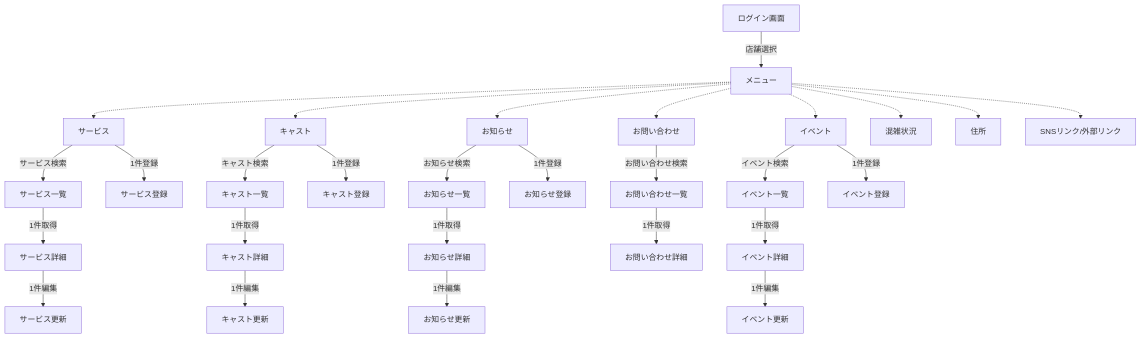
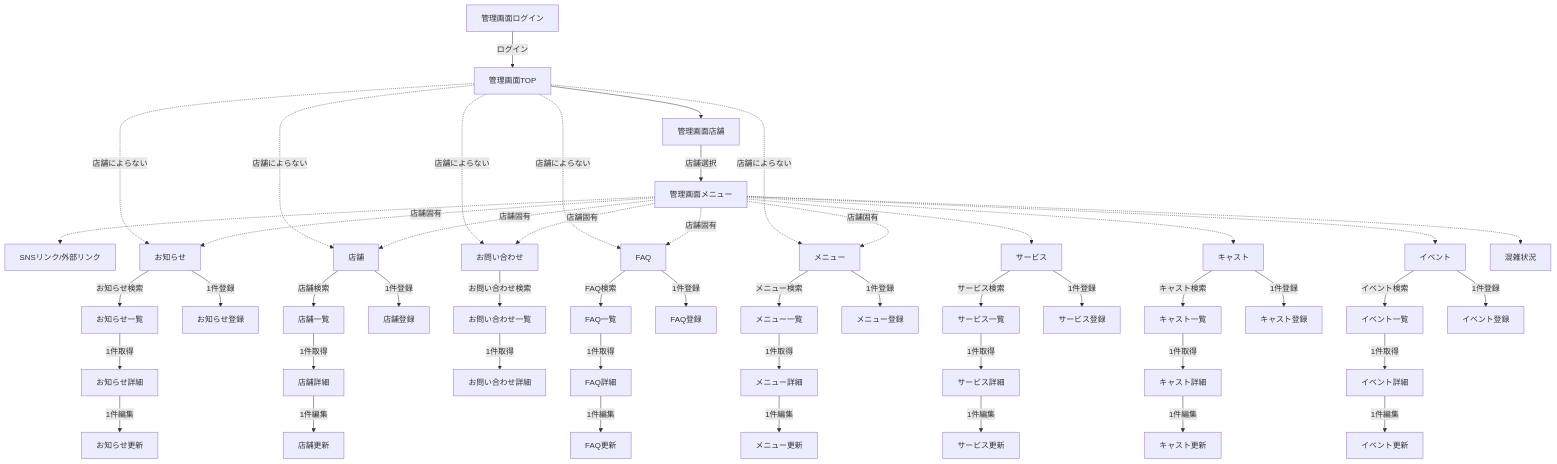
Before and after one commit to mabubu0203/catcafe: the second of 2 diagrams in document/03.基本設計/README.md, drawn with Mermaid. The commit also changed other lines of this file and 2 other files, not shown here.

````diff
--- a/document/03.基本設計/README.md
+++ b/document/03.基本設計/README.md
@@ -79,31 +89,55 @@
 ```mermaid
 graph TD
-	A[ログイン画面]
-	A --> |店舗選択| B[メニュー]
-	B -.-> C[サービス]
-	B -.-> D[キャスト]
-	B -.-> E[お知らせ]
-	B -.-> F[お問い合わせ]
-	B -.-> G[イベント]
-	B -.-> H[混雑状況]
-	B -.-> I[住所]
-	B -.-> J[SNSリンク/外部リンク]
-	C --> |サービス検索| C1[サービス一覧]
-	C1 --> |1件取得| C2[サービス詳細]
-	C --> |1件登録| C3[サービス登録]
-	C2 --> |1件編集| C4[サービス更新]
-	D --> |キャスト検索| D1[キャスト一覧]
-	D1 --> |1件取得| D2[キャスト詳細]
-	D --> |1件登録| D3[キャスト登録]
-	D2 --> |1件編集| D4[キャスト更新]
-	E --> |お知らせ検索| E1[お知らせ一覧]
-	E1 --> |1件取得| E2[お知らせ詳細]
-	E --> |1件登録| E3[お知らせ登録]
-	E2 --> |1件編集| E4[お知らせ更新]
-	F --> |お問い合わせ検索| F1[お問い合わせ一覧]
-	F1 --> |1件取得| F2[お問い合わせ詳細]
-	G --> |イベント検索| G1[イベント一覧]
-	G1 --> |1件取得| G2[イベント詳細]
-	G --> |1件登録| G3[イベント登録]
-	G2 --> |1件編集| G4[イベント更新]
+	ADMIN_LOGIN[管理画面ログイン]
+  ADMIN_LOGIN --> |ログイン| ADMIN_TOP[管理画面TOP]
+  ADMIN_TOP --> ADMIN_TENPO[管理画面店舗]
+  ADMIN_TOP -.-> |店舗によらない| C[お知らせ]
+  ADMIN_TOP -.-> |店舗によらない| D[店舗]
+  ADMIN_TOP -.-> |店舗によらない| E[お問い合わせ]
+  ADMIN_TOP -.-> |店舗によらない| F[FAQ]
+  ADMIN_TOP -.-> |店舗によらない| H[メニュー]
+  ADMIN_TENPO --> |店舗選択| ADMIN_MENU[管理画面メニュー]
+  ADMIN_MENU -.-> |店舗固有| C
+  ADMIN_MENU -.-> |店舗固有| D
+  ADMIN_MENU -.-> |店舗固有| E
+  ADMIN_MENU -.-> |店舗固有| F
+
+  ADMIN_MENU -.-> |店舗固有| H
+
+	ADMIN_MENU -.-> I[サービス]
+	ADMIN_MENU -.-> J[キャスト]
+
+	ADMIN_MENU -.-> M[イベント]
+	ADMIN_MENU -.-> N[混雑状況]
+	ADMIN_MENU -.-> 0[SNSリンク/外部リンク]
+	C --> |お知らせ検索| C1[お知らせ一覧]
+	C1 --> |1件取得| C2[お知らせ詳細]
+	C --> |1件登録| C3[お知らせ登録]
+	C2 --> |1件編集| C4[お知らせ更新]
+  D --> |店舗検索| D1[店舗一覧]
+	D1 --> |1件取得| D2[店舗詳細]
+	D --> |1件登録| D3[店舗登録]
+	D2 --> |1件編集| D4[店舗更新]
+	E --> |お問い合わせ検索| E1[お問い合わせ一覧]
+	E1 --> |1件取得| E2[お問い合わせ詳細]
+  F --> |FAQ検索| F1[FAQ一覧]
+	F1 --> |1件取得| F2[FAQ詳細]
+	F --> |1件登録| F3[FAQ登録]
+	F2 --> |1件編集| F4[FAQ更新]
+  H --> |メニュー検索| H1[メニュー一覧]
+	H1 --> |1件取得| H2[メニュー詳細]
+	H --> |1件登録| H3[メニュー登録]
+	H2 --> |1件編集| H4[メニュー更新]
+	I --> |サービス検索| I1[サービス一覧]
+	I1 --> |1件取得| I2[サービス詳細]
+	I --> |1件登録| I3[サービス登録]
+	I2 --> |1件編集| I4[サービス更新]
+	J --> |キャスト検索| J1[キャスト一覧]
+	J1 --> |1件取得| J2[キャスト詳細]
+	J --> |1件登録| J3[キャスト登録]
+	J2 --> |1件編集| J4[キャスト更新]
+	M --> |イベント検索| M1[イベント一覧]
+	M1 --> |1件取得| M2[イベント詳細]
+	M --> |1件登録| M3[イベント登録]
+	M2 --> |1件編集| M4[イベント更新]
 ```
````
